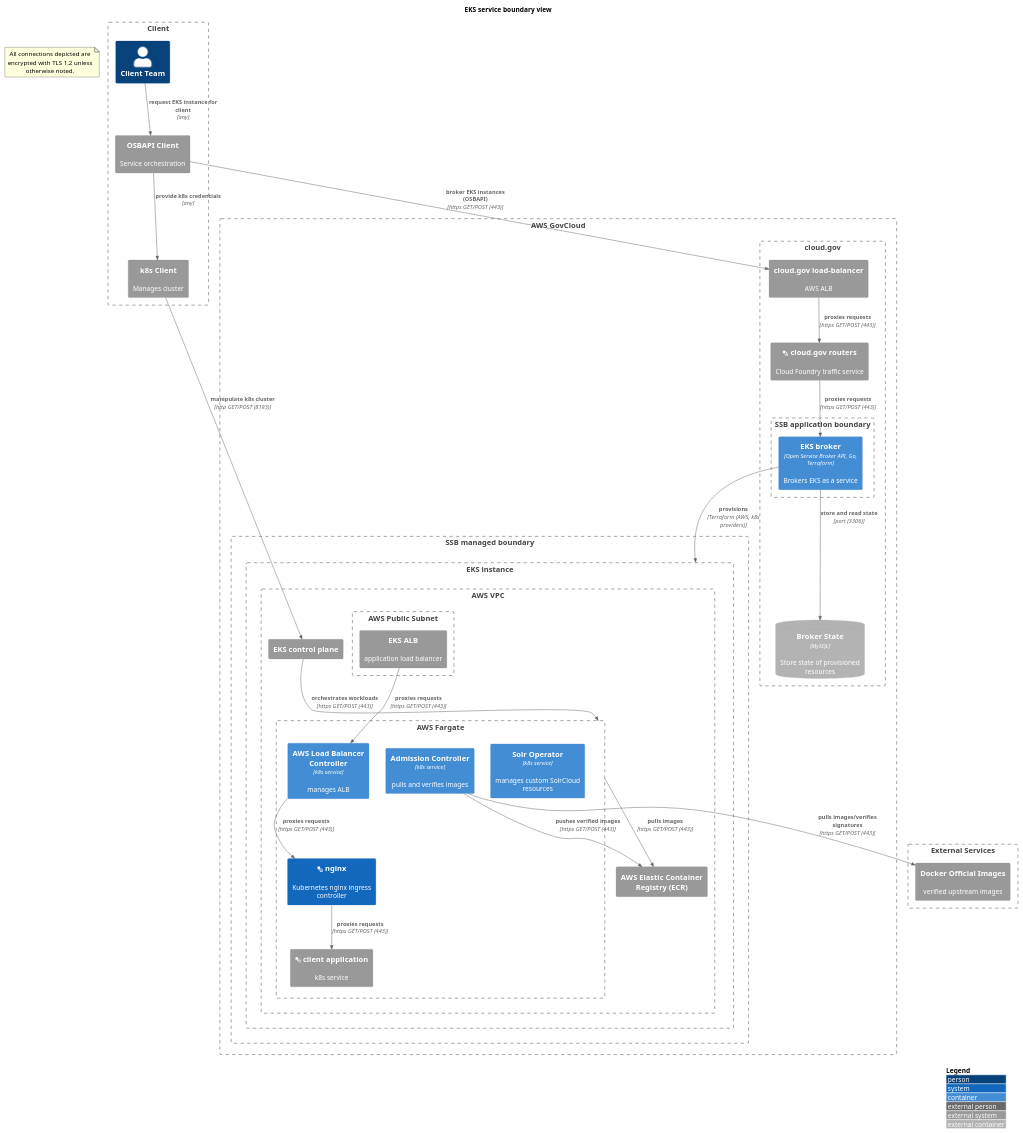
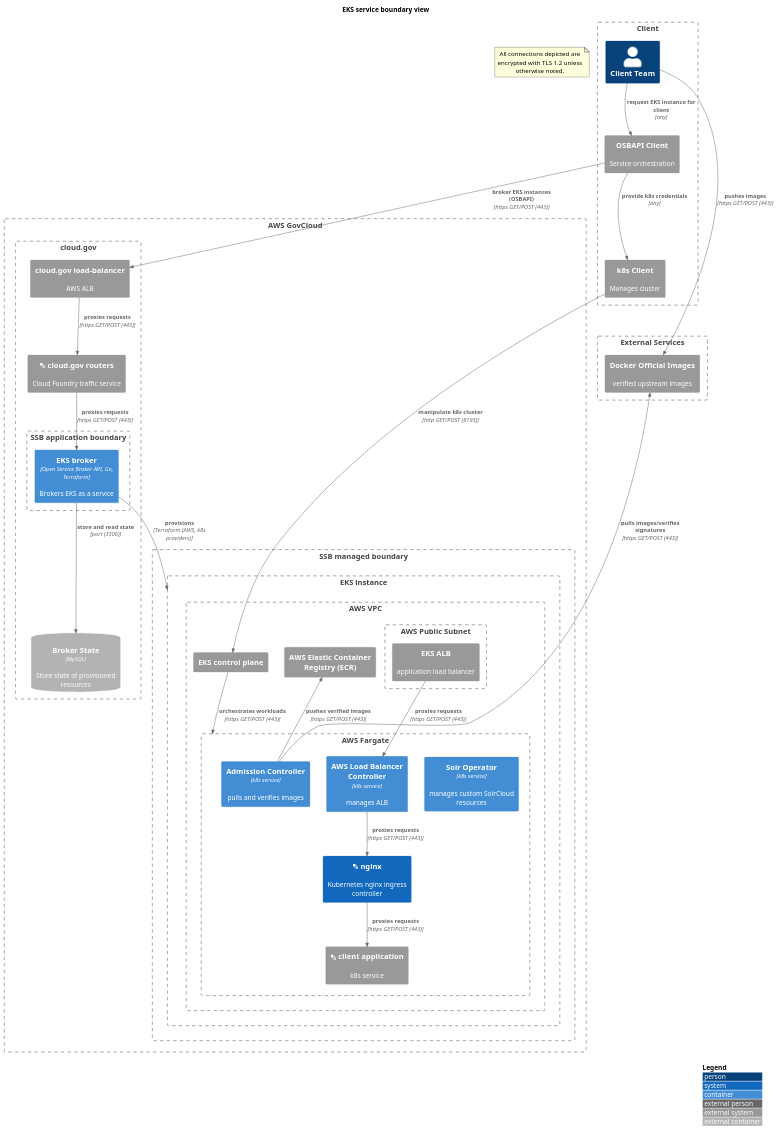
One commit to GSA/datagov-compliance changed the second of 3 diagrams in solr-service-scratchpad.md. Above: the diagram before and after it, drawn with PlantUML. The commit also changed 1 other file, not shown here.

Commit message:
Add directions to help reduce overlap in the arrow layout

````diff
--- a/solr-service-scratchpad.md
+++ b/solr-service-scratchpad.md
@@ -27,64 +27,68 @@
 ```plantuml
 @startuml
 !include https://raw.githubusercontent.com/plantuml-stdlib/C4-PlantUML/master/C4_Container.puml
 ' uncomment the following line and comment the first to use locally
 ' !include C4_Container.puml
 LAYOUT_WITH_LEGEND()
 title EKS service boundary view
 Boundary(client, "Client") {
   Person(client_team, "Client Team")
   System_Ext(osbapi_client, "OSBAPI Client", "Service orchestration")
   System_Ext(k8s_client, "k8s Client", "Manages cluster")
   Rel(osbapi_client, k8s_client, "provide k8s credentials", "any")
   Rel(client_team, osbapi_client, "request EKS instance for client", "any")
 }
 Boundary(external_services, "External Services") {
   System_Ext(docker_official_images, "Docker Official Images", "verified upstream images")
 }
 note as EncryptionNote
   All connections depicted are encrypted with TLS 1.2 unless otherwise noted.
 end note
 
 Boundary(aws, "AWS GovCloud") {
     Boundary(iaas, "SSB managed boundary") {
       Boundary(eks_instance, "EKS instance") {
         Boundary(vpc, "AWS VPC") {
           System_Ext(aws_eks, "EKS control plane")
           System_Ext(aws_ecr, "AWS Elastic Container Registry (ECR)")
           Boundary(aws_fargate, "AWS Fargate") {
             Container(solr_operator, "Solr Operator", "k8s service", "manages custom SolrCloud resources")
             Container(admission_controller, "Admission Controller", "k8s service", "pulls and verifies images")
             Container(alb_ingress, "AWS Load Balancer Controller", "k8s service", "manages ALB")
             System(sys_eks_nginx_ingress, "<&layers> nginx", "Kubernetes nginx ingress controller")
             System_Ext(client_app, "<&layers> client application", "k8s service")    
           }
           Boundary(aws_public_subnet, "AWS Public Subnet") {
             System_Ext(aws_eks_alb, "EKS ALB", "application load balancer")
           }
         }
       }
     }
     Boundary(cloudgov, "cloud.gov") {
         System_Ext(aws_cg_alb, "cloud.gov load-balancer", "AWS ALB")
         System_Ext(cloudgov_router, "<&layers> cloud.gov routers", "Cloud Foundry traffic service")
 	Boundary(atob, "SSB application boundary") {
 	  Container(eks_app, "EKS broker", "Open Service Broker API, Go, Terraform", "Brokers EKS as a service")
         }
 	ContainerDb_Ext(eks_app_db, "Broker State", "MySQL", "Store state of provisioned resources")
     }
 }
 Rel(eks_app, eks_instance, "provisions", "Terraform (AWS, k8s providers)")
 Rel(osbapi_client, aws_cg_alb, "broker EKS instances (OSBAPI)", "https GET/POST (443)")
 Rel(aws_cg_alb, cloudgov_router, "proxies requests", "https GET/POST (443)")
 Rel(cloudgov_router, eks_app, "proxies requests", "https GET/POST (443)")
 Rel(eks_app, eks_app_db, "store and read state", "port (3306)")
 Rel(k8s_client, aws_eks, "manipulate k8s cluster", "http GET/POST (8193)")
 Rel(aws_eks_alb, alb_ingress, "proxies requests", "https GET/POST (443)")
 Rel(alb_ingress, sys_eks_nginx_ingress, "proxies requests", "https GET/POST (443)")
 Rel(sys_eks_nginx_ingress, client_app, "proxies requests", "https GET/POST (443)")
 Rel(aws_eks, aws_fargate, "orchestrates workloads", "https GET/POST (443)")
-Rel(aws_fargate, aws_ecr, "pulls images", "https GET/POST (443)")
-Rel(admission_controller, docker_official_images, "pulls images/verifies signatures", "https GET/POST (443)")
-Rel(admission_controller, aws_ecr, "pushes verified images", "https GET/POST (443)")
+Rel_Up(admission_controller, docker_official_images, "pulls images/verifies signatures", "https GET/POST (443)")
+Rel(client_team, docker_official_images, "pushes images", "https GET/POST (443)")
+Rel_Up(admission_controller, aws_ecr, "pushes verified images", "https GET/POST (443)")
+
+' The following hidden line constrains the "External Services" boundary below the "Client" boundary, narrowing the 
+' diagram
+k8s_client -[hidden]- docker_official_images
 @enduml
 ```
````
